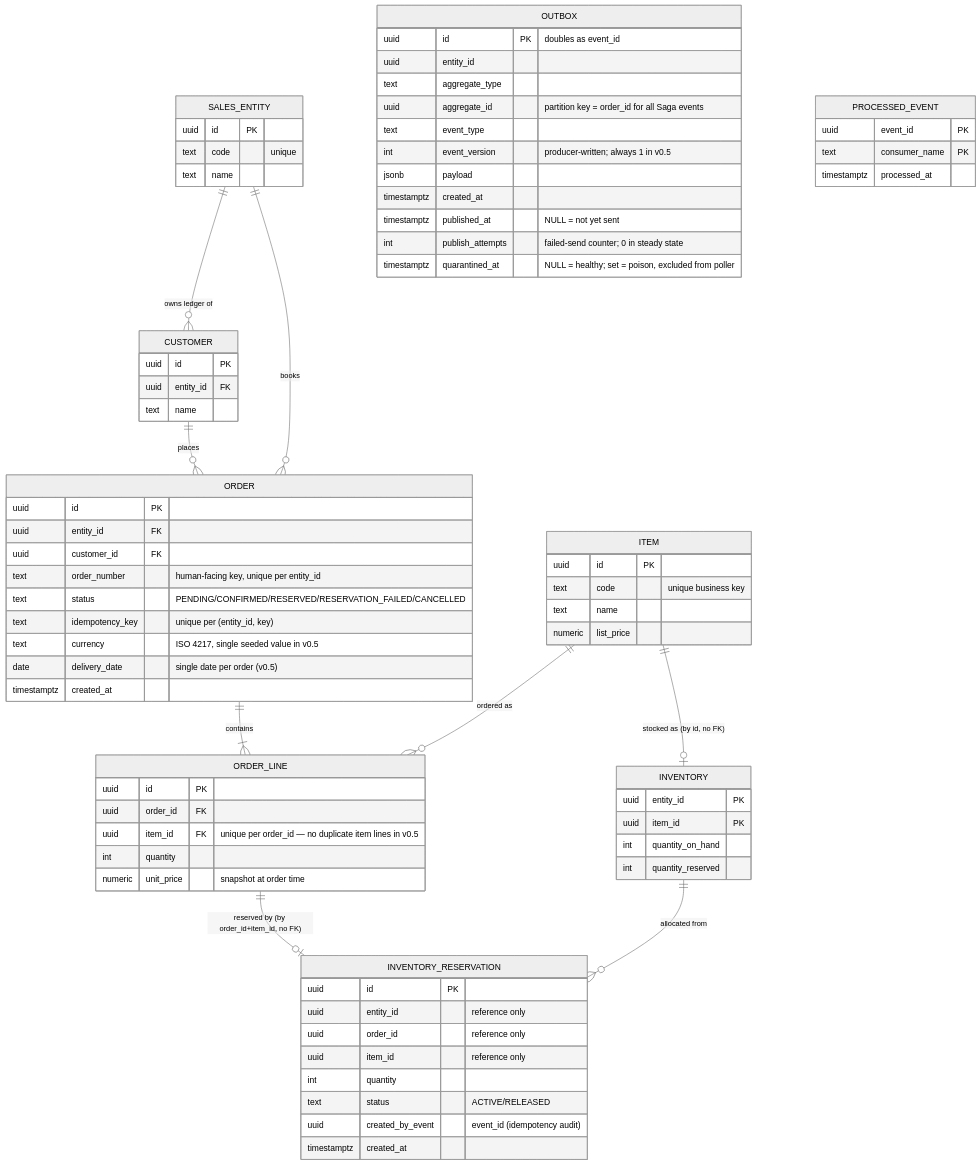
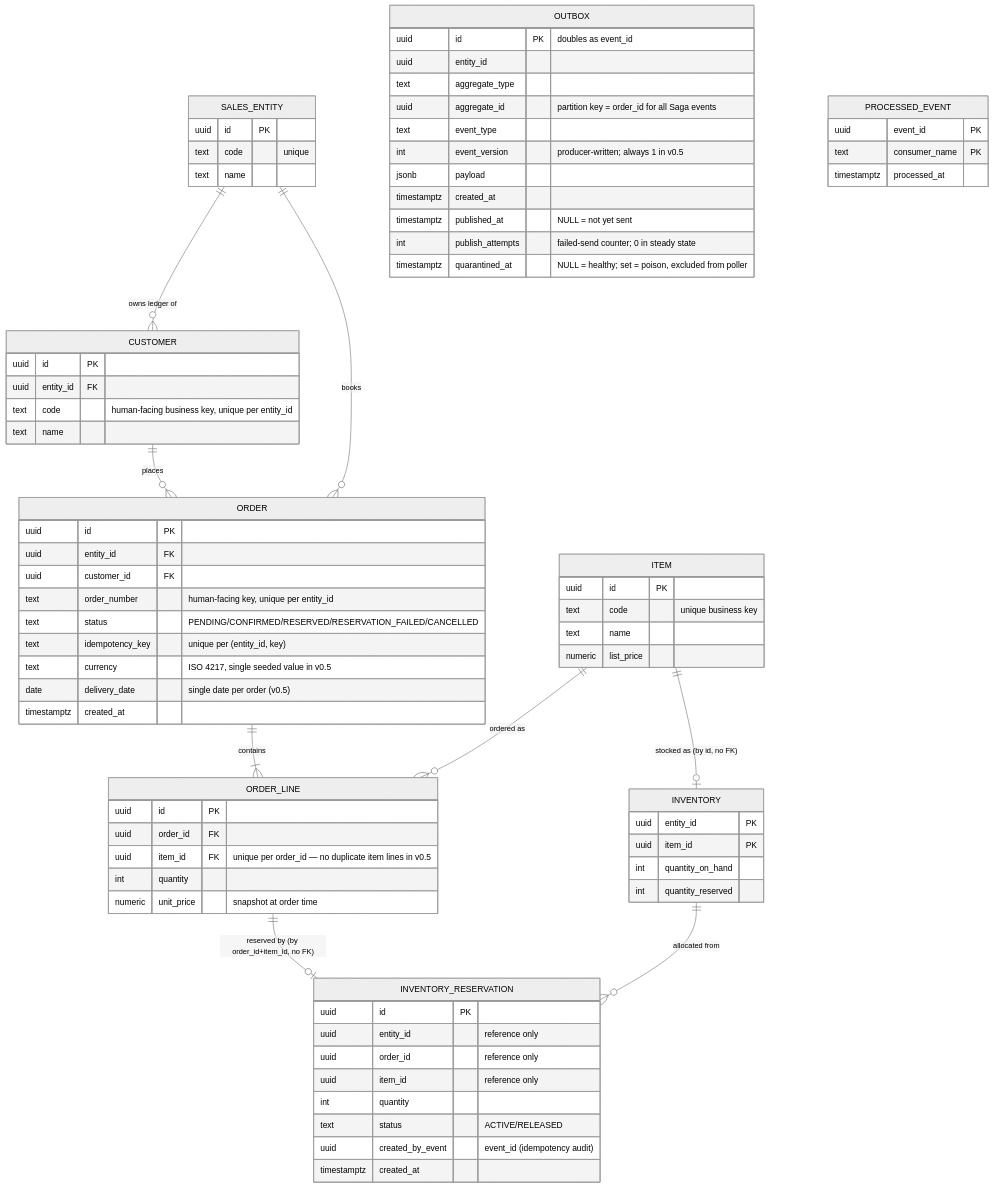
The first of 2 diagrams in docs/design/domain-design.md (ikuko-otani/event-driven-orders), drawn with Mermaid (neutral theme) before and after one commit. The commit also changed other lines of this file, not shown here.

First line of the commit message:
docs(design): add a business key to the customer master

````diff
--- a/docs/design/domain-design.md
+++ b/docs/design/domain-design.md
@@ -65,80 +65,81 @@
 ```mermaid
 erDiagram
     SALES_ENTITY ||--o{ CUSTOMER : "owns ledger of"
     SALES_ENTITY ||--o{ ORDER : books
     CUSTOMER ||--o{ ORDER : places
     ORDER ||--|{ ORDER_LINE : contains
     ITEM ||--o{ ORDER_LINE : "ordered as"
     ITEM ||--o| INVENTORY : "stocked as (by id, no FK)"
     INVENTORY ||--o{ INVENTORY_RESERVATION : "allocated from"
     ORDER_LINE ||--o| INVENTORY_RESERVATION : "reserved by (by order_id+item_id, no FK)"
 
     SALES_ENTITY {
         uuid id PK
         text code "unique"
         text name
     }
     CUSTOMER {
         uuid id PK
         uuid entity_id FK
+        text code "human-facing business key, unique per entity_id"
         text name
     }
     ORDER {
         uuid id PK
         uuid entity_id FK
         uuid customer_id FK
         text order_number "human-facing key, unique per entity_id"
         text status "PENDING/CONFIRMED/RESERVED/RESERVATION_FAILED/CANCELLED"
         text idempotency_key "unique per (entity_id, key)"
         text currency "ISO 4217, single seeded value in v0.5"
         date delivery_date "single date per order (v0.5)"
         timestamptz created_at
     }
     ORDER_LINE {
         uuid id PK
         uuid order_id FK
         uuid item_id FK "unique per order_id — no duplicate item lines in v0.5"
         int quantity
         numeric unit_price "snapshot at order time"
     }
     ITEM {
         uuid id PK
         text code "unique business key"
         text name
         numeric list_price
     }
     INVENTORY {
         uuid entity_id PK
         uuid item_id PK
         int quantity_on_hand
         int quantity_reserved
     }
     INVENTORY_RESERVATION {
         uuid id PK
         uuid entity_id "reference only"
         uuid order_id "reference only"
         uuid item_id "reference only"
         int quantity
         text status "ACTIVE/RELEASED"
         uuid created_by_event "event_id (idempotency audit)"
         timestamptz created_at
     }
     OUTBOX {
         uuid id PK "doubles as event_id"
         uuid entity_id
         text aggregate_type
         uuid aggregate_id "partition key = order_id for all Saga events"
         text event_type
         int event_version "producer-written; always 1 in v0.5"
         jsonb payload
         timestamptz created_at
         timestamptz published_at "NULL = not yet sent"
         int publish_attempts "failed-send counter; 0 in steady state"
         timestamptz quarantined_at "NULL = healthy; set = poison, excluded from poller"
     }
     PROCESSED_EVENT {
         uuid event_id PK
         text consumer_name PK
         timestamptz processed_at
     }
 ```
````
